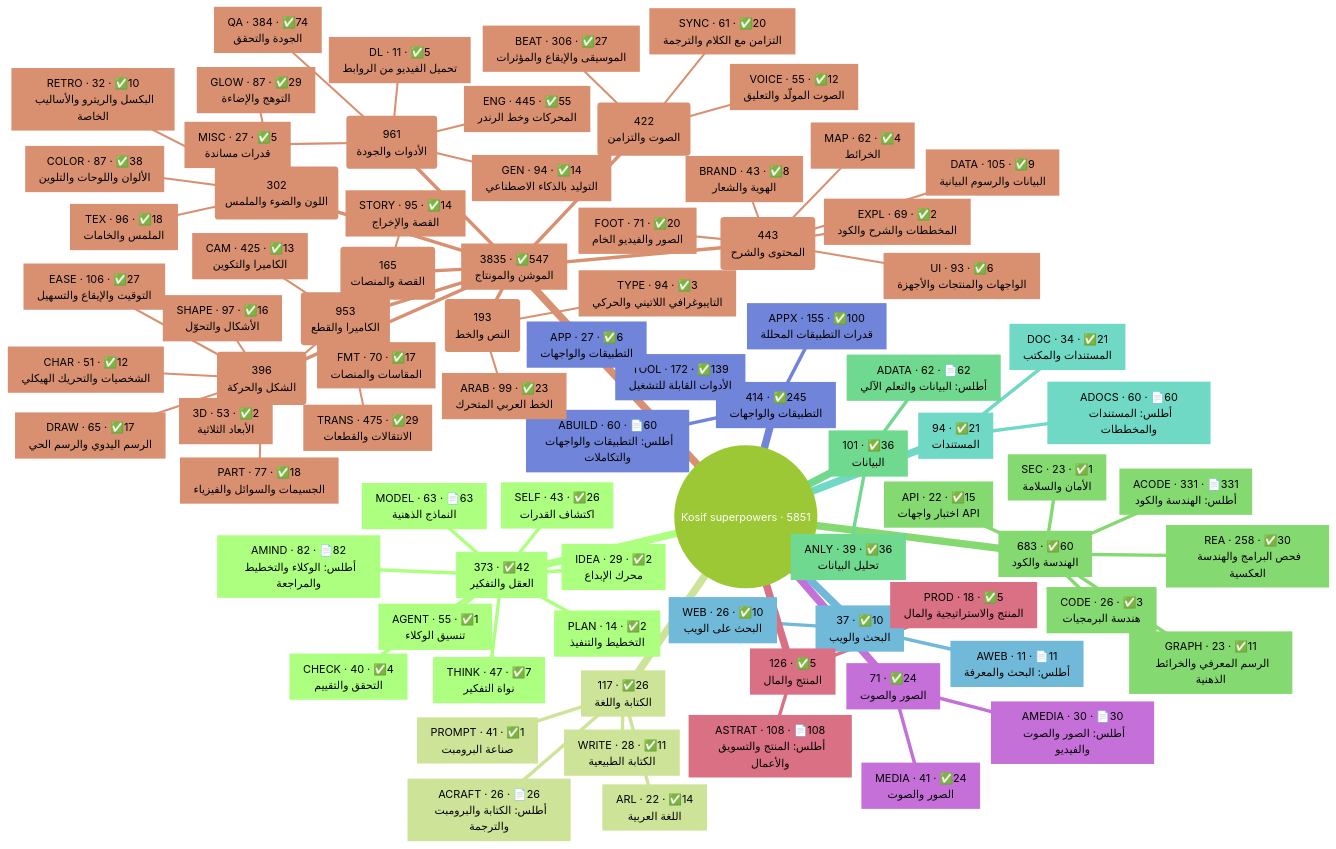
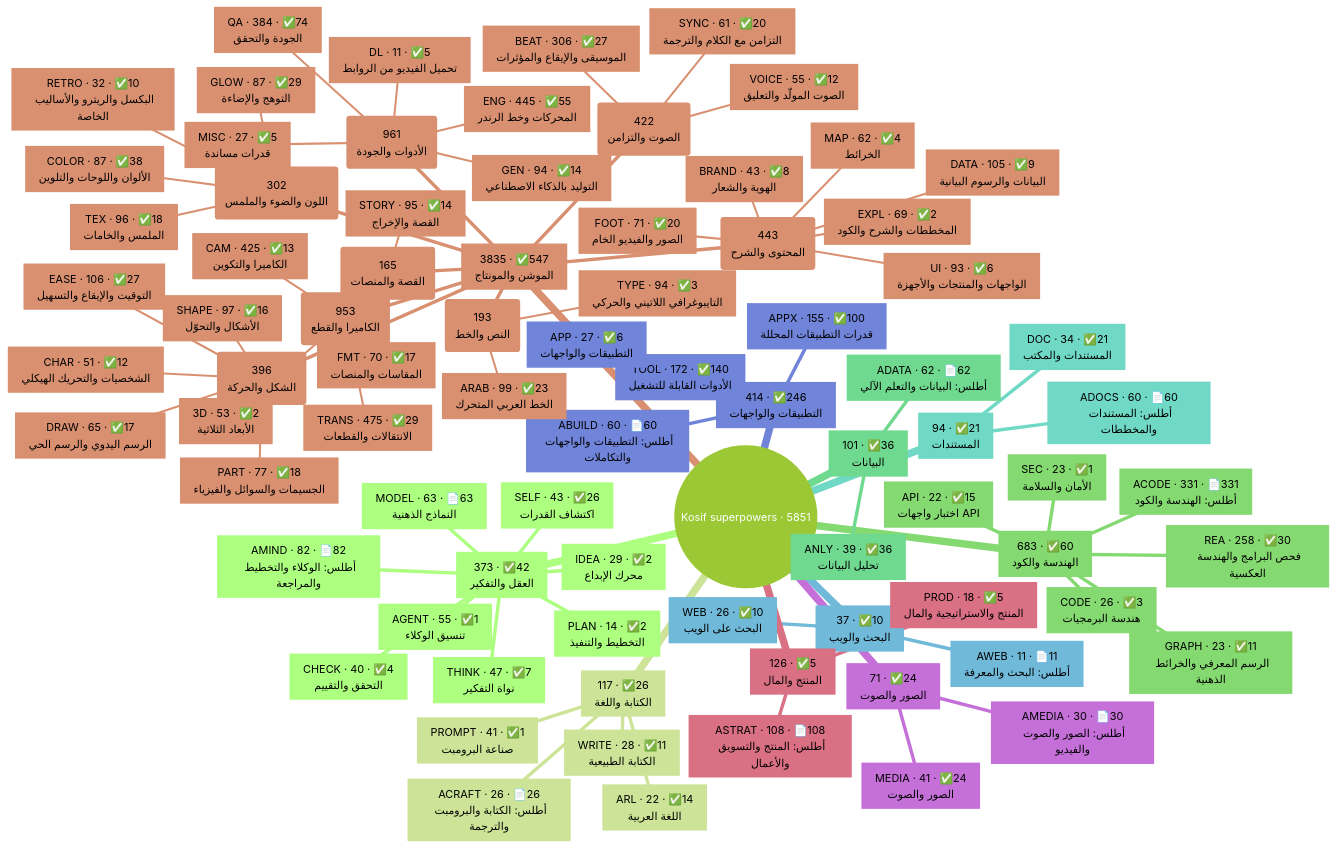
Before and after one commit to kosif199022-jpg/kosif-tool: the first of 2 diagrams in .claude/skills/kosif-superpowers/references/capability-map.md, drawn with Mermaid (forest theme). The commit also changed 1 other file, not shown here.

Commit message:
build(kosif): synchronize derived tool registry and capability indexes

```diff
--- a/.claude/skills/kosif-superpowers/references/capability-map.md
+++ b/.claude/skills/kosif-superpowers/references/capability-map.md
@@ -78,9 +78,9 @@
 البحث على الويب`"]
       n30["`AWEB · 11 · 📄11
 أطلس: البحث والمعرفة`"]
-    n31["`414 · ✅245
+    n31["`414 · ✅246
 التطبيقات والواجهات`"]
-      n32["`TOOL · 172 · ✅139
+      n32["`TOOL · 172 · ✅140
 الأدوات القابلة للتشغيل`"]
       n33["`APPX · 155 · ✅100
 قدرات التطبيقات المحللة`"]
```
